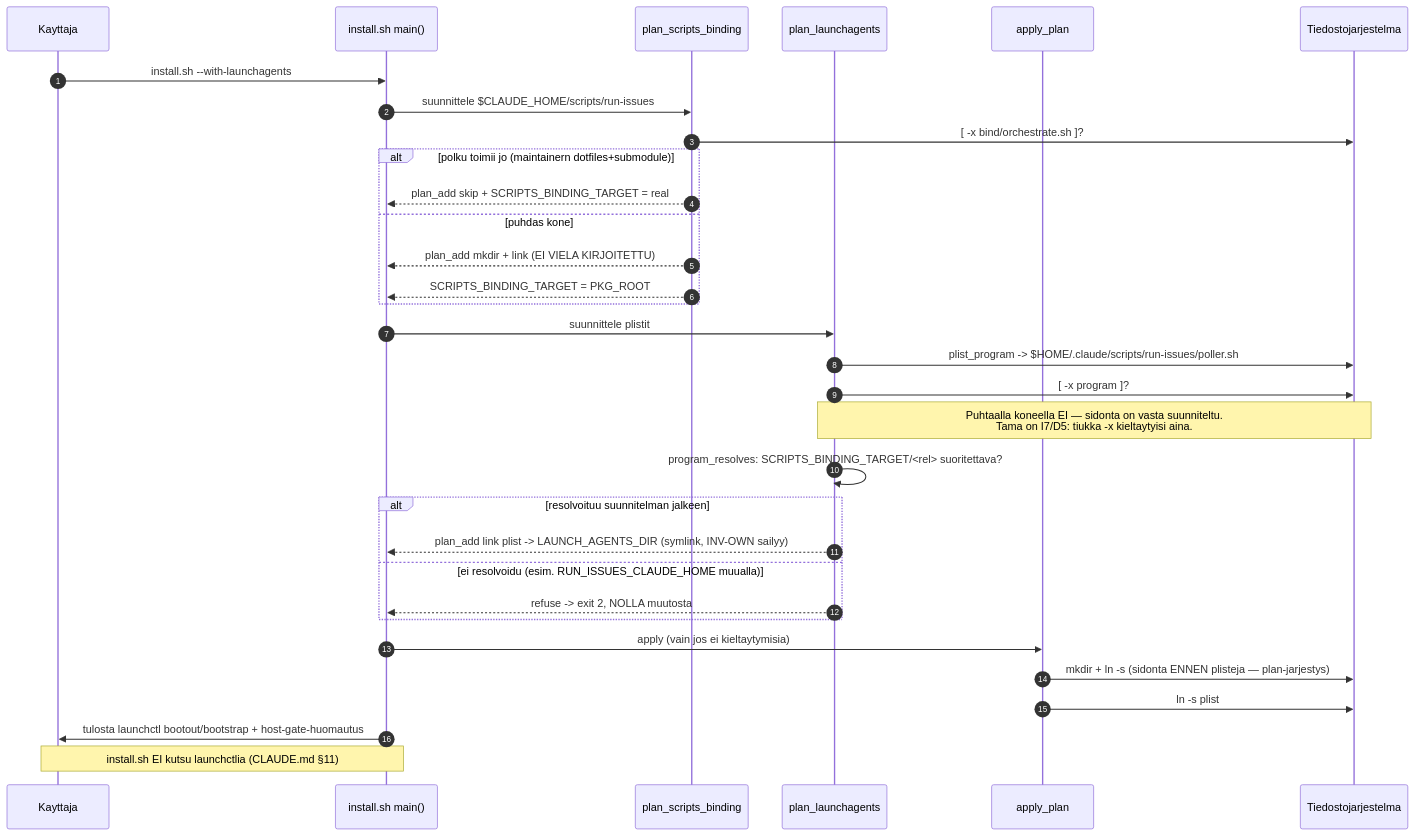
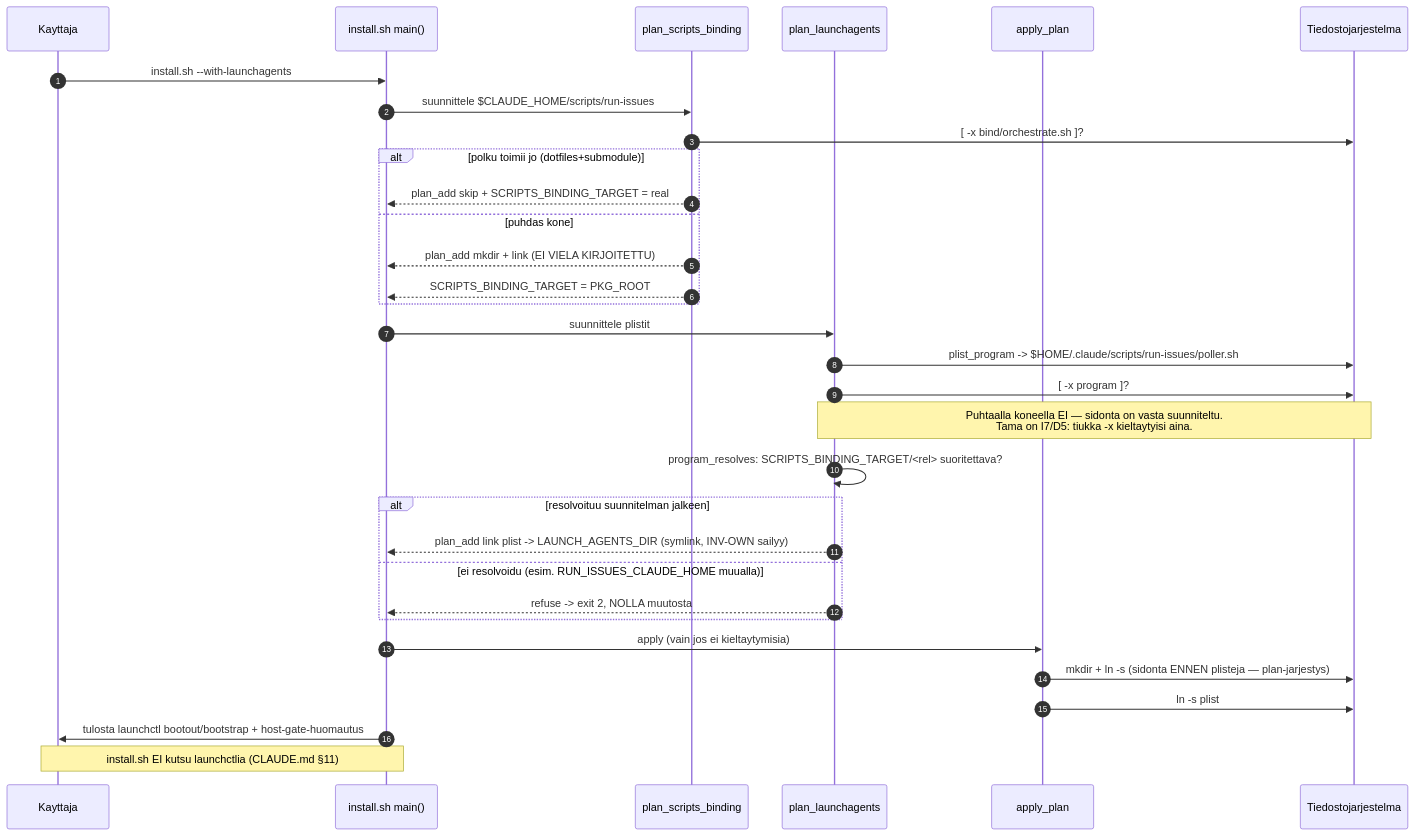
Before and after one commit to Silon-Oy/silon-issue-runner: the diagram in docs/diagrams/install-launchagents-resolution.mmd, drawn with Mermaid. The commit also changed 31 other files, not shown here.

```diff
--- a/docs/diagrams/install-launchagents-resolution.mmd
+++ b/docs/diagrams/install-launchagents-resolution.mmd
@@ -1,40 +1,40 @@
 %% Author: Architect
 %% Created: 2026-07-31
 %% Topic: install.sh --with-launchagents: ohjelmapolun resolvointi suunnittelu- ja apply-vaiheiden yli
 %% Task: issue #6 — plistien polkuparametrisointi ja INV-OWN-yhteensopiva deploy
 
 sequenceDiagram
     autonumber
     participant U as Kayttaja
     participant M as install.sh main()
     participant B as plan_scripts_binding
     participant L as plan_launchagents
     participant A as apply_plan
     participant FS as Tiedostojarjestelma
 
     U->>M: install.sh --with-launchagents
     M->>B: suunnittele $CLAUDE_HOME/scripts/run-issues
     B->>FS: [ -x bind/orchestrate.sh ]?
-    alt polku toimii jo (maintainern dotfiles+submodule)
+    alt polku toimii jo (dotfiles+submodule)
         B-->>M: plan_add skip + SCRIPTS_BINDING_TARGET = real
     else puhdas kone
         B-->>M: plan_add mkdir + link (EI VIELA KIRJOITETTU)
         B-->>M: SCRIPTS_BINDING_TARGET = PKG_ROOT
     end
 
     M->>L: suunnittele plistit
     L->>FS: plist_program -> $HOME/.claude/scripts/run-issues/poller.sh
     L->>FS: [ -x program ]?
     Note over L,FS: Puhtaalla koneella EI — sidonta on vasta suunniteltu.<br/>Tama on I7/D5: tiukka -x kieltaytyisi aina.
     L->>L: program_resolves: SCRIPTS_BINDING_TARGET/<rel> suoritettava?
     alt resolvoituu suunnitelman jalkeen
         L-->>M: plan_add link plist -> LAUNCH_AGENTS_DIR (symlink, INV-OWN sailyy)
     else ei resolvoidu (esim. RUN_ISSUES_CLAUDE_HOME muualla)
         L-->>M: refuse -> exit 2, NOLLA muutosta
     end
 
     M->>A: apply (vain jos ei kieltaytymisia)
     A->>FS: mkdir + ln -s (sidonta ENNEN plisteja — plan-jarjestys)
     A->>FS: ln -s plist
     M->>U: tulosta launchctl bootout/bootstrap + host-gate-huomautus
     Note over M,U: install.sh EI kutsu launchctlia (CLAUDE.md §11)
```
